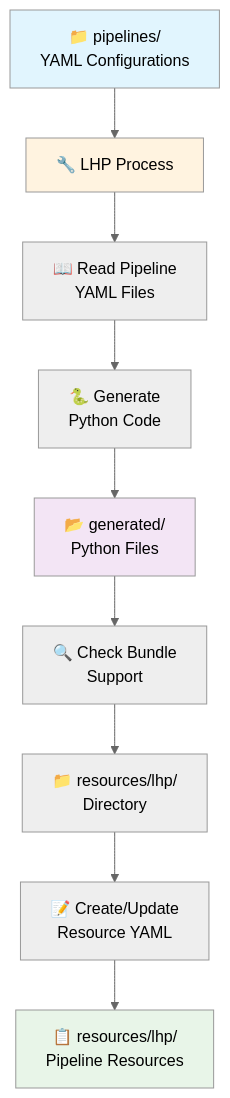
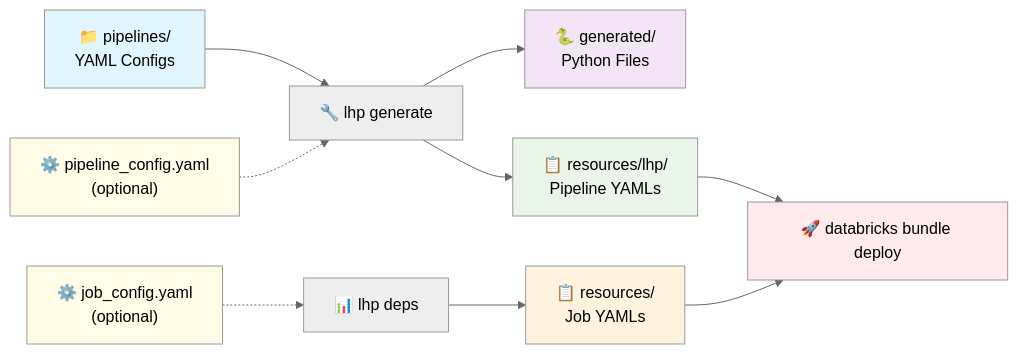
Before and after one commit to Mmodarre/Lakehouse_Plumber: the diagram in docs/databricks_bundles.rst, drawn with Mermaid (neutral theme). The commit also changed other lines of this file and 16 other files, not shown here.

First line of the commit message:
Enhance configuration management with support for list-based job and pipeline names

```diff
--- a/docs/databricks_bundles.rst
+++ b/docs/databricks_bundles.rst
@@ -163,16 +61,21 @@
 .. mermaid::
 
-   flowchart TD
-       A["📁 pipelines/<br/>YAML Configurations"] --> B["🔧 LHP Process"]
-       B --> C["📖 Read Pipeline<br/>YAML Files"]
-       C --> D["🐍 Generate<br/>Python Code"]
-       D --> E["📂 generated/<br/>Python Files"]
-       E --> F["🔍 Check Bundle<br/>Support"]
-       F --> G["📁 resources/lhp/<br/>Directory"]
-       G --> H["📝 Create/Update<br/>Resource YAML"]
-       H --> I["📋 resources/lhp/<br/>Pipeline Resources"]
+   flowchart LR
+       A["📁 pipelines/<br/>YAML Configs"] --> B["🔧 lhp generate"]
+       B --> C["🐍 generated/<br/>Python Files"]
+       B --> D["📋 resources/lhp/<br/>Pipeline YAMLs"]
+       
+       P["⚙️ pipeline_config.yaml<br/>(optional)"] -.-> B
+       J["⚙️ job_config.yaml<br/>(optional)"] -.-> E
+       
+       E["📊 lhp deps"] --> F["📋 resources/<br/>Job YAMLs"]
+       D --> G["🚀 databricks bundle deploy"]
+       F --> G
        
        style A fill:#e1f5fe
-       style E fill:#f3e5f5
-       style I fill:#e8f5e8
-       style B fill:#fff3e0
+       style C fill:#f3e5f5
+       style D fill:#e8f5e8
+       style F fill:#fff3e0
+       style G fill:#ffebee
+       style P fill:#fffde7
+       style J fill:#fffde7
```
